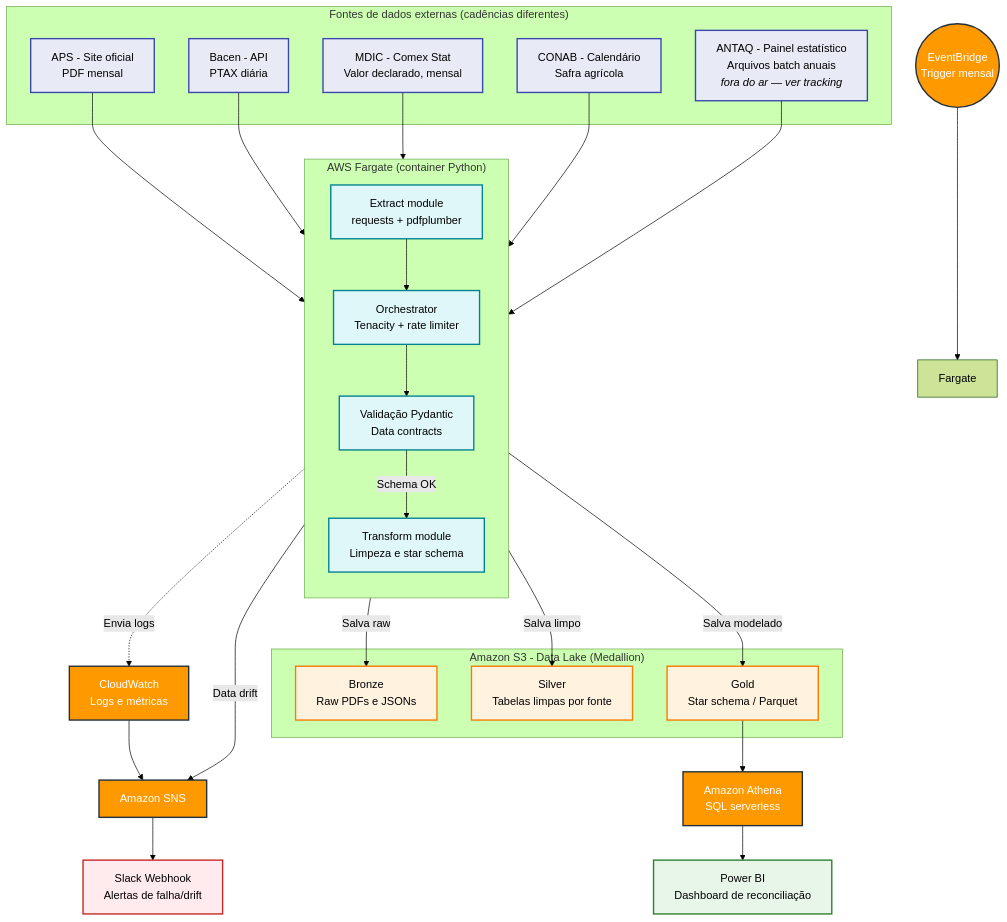
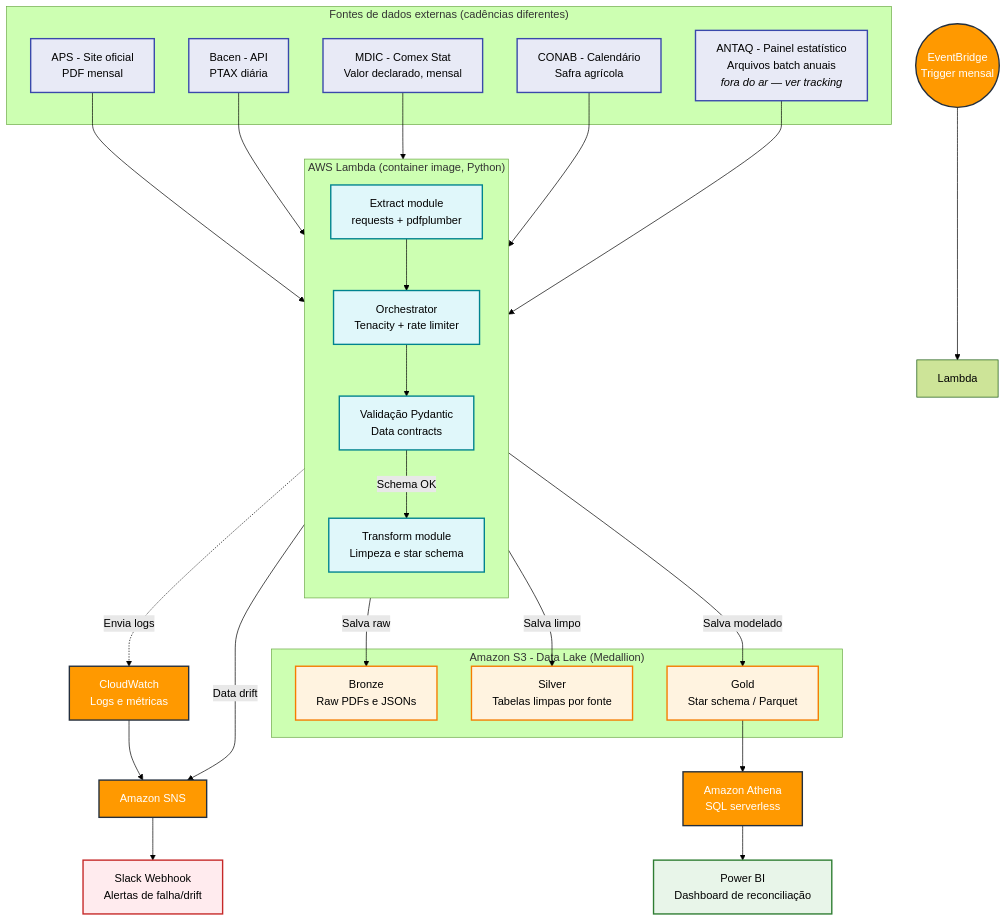
One commit to Magalhaes-vitor/comex-data-product changed the diagram in README.md. Above: the diagram before and after it, drawn with Mermaid (forest theme). The commit also changed other lines of this file and 1 other file, not shown here.

````diff
--- a/README.md
+++ b/README.md
@@ -120,56 +123,56 @@
 ```mermaid
 graph TD
     classDef source fill:#E8EAF6,stroke:#3949AB,stroke-width:2px;
     classDef aws fill:#FF9900,stroke:#232F3E,stroke-width:2px,color:#FFFFFF;
     classDef storage fill:#FFF3E0,stroke:#F57C00,stroke-width:2px;
     classDef compute fill:#E0F7FA,stroke:#00838F,stroke-width:2px;
     classDef monitor fill:#FFEBEE,stroke:#C62828,stroke-width:2px;
     classDef bi fill:#E8F5E9,stroke:#2E7D32,stroke-width:2px;
 
     subgraph Extras["Fontes de dados externas (cadências diferentes)"]
         APS[APS - Site oficial<br>PDF mensal]:::source
         BACEN[Bacen - API<br>PTAX diária]:::source
         MDIC[MDIC - Comex Stat<br>Valor declarado, mensal]:::source
         CONAB[CONAB - Calendário<br>Safra agrícola]:::source
         ANTAQ[ANTAQ - Painel estatístico<br>Arquivos batch anuais<br><i>fora do ar — ver tracking</i>]:::source
     end
 
-    EB(("EventBridge<br>Trigger mensal")):::aws --> Fargate
+    EB(("EventBridge<br>Trigger mensal")):::aws --> Lambda
 
-    subgraph Compute["AWS Fargate (container Python)"]
+    subgraph Compute["AWS Lambda (container image, Python)"]
         direction TB
         Orchestrator[Orchestrator<br>Tenacity + rate limiter]:::compute
         Extract[Extract module<br>requests + pdfplumber]:::compute
         Validation[Validação Pydantic<br>Data contracts]:::compute
         Transform[Transform module<br>Limpeza e star schema]:::compute
     end
 
     subgraph Lake["Amazon S3 - Data Lake (Medallion)"]
         Bronze[Bronze<br>Raw PDFs e JSONs]:::storage
         Silver[Silver<br>Tabelas limpas por fonte]:::storage
         Gold[Gold<br>Star schema / Parquet]:::storage
     end
 
     Athena[Amazon Athena<br>SQL serverless]:::aws --> BI[Power BI<br>Dashboard de reconciliação]:::bi
 
     CW[CloudWatch<br>Logs e métricas]:::aws --> SNS[Amazon SNS]:::aws --> Slack[Slack Webhook<br>Alertas de falha/drift]:::monitor
 
     APS --> Extract
     BACEN --> Extract
     MDIC --> Extract
     CONAB --> Extract
     ANTAQ --> Extract
 
     Extract --> Orchestrator
     Orchestrator --> Validation
 
     Validation -- "Schema OK" --> Transform
     Validation -- "Data drift" --> SNS
 
     Transform -->|Salva raw| Bronze
     Transform -->|Salva limpo| Silver
     Transform -->|Salva modelado| Gold
 
     Gold --> Athena
     Transform -.->|Envia logs| CW
 ```
````
